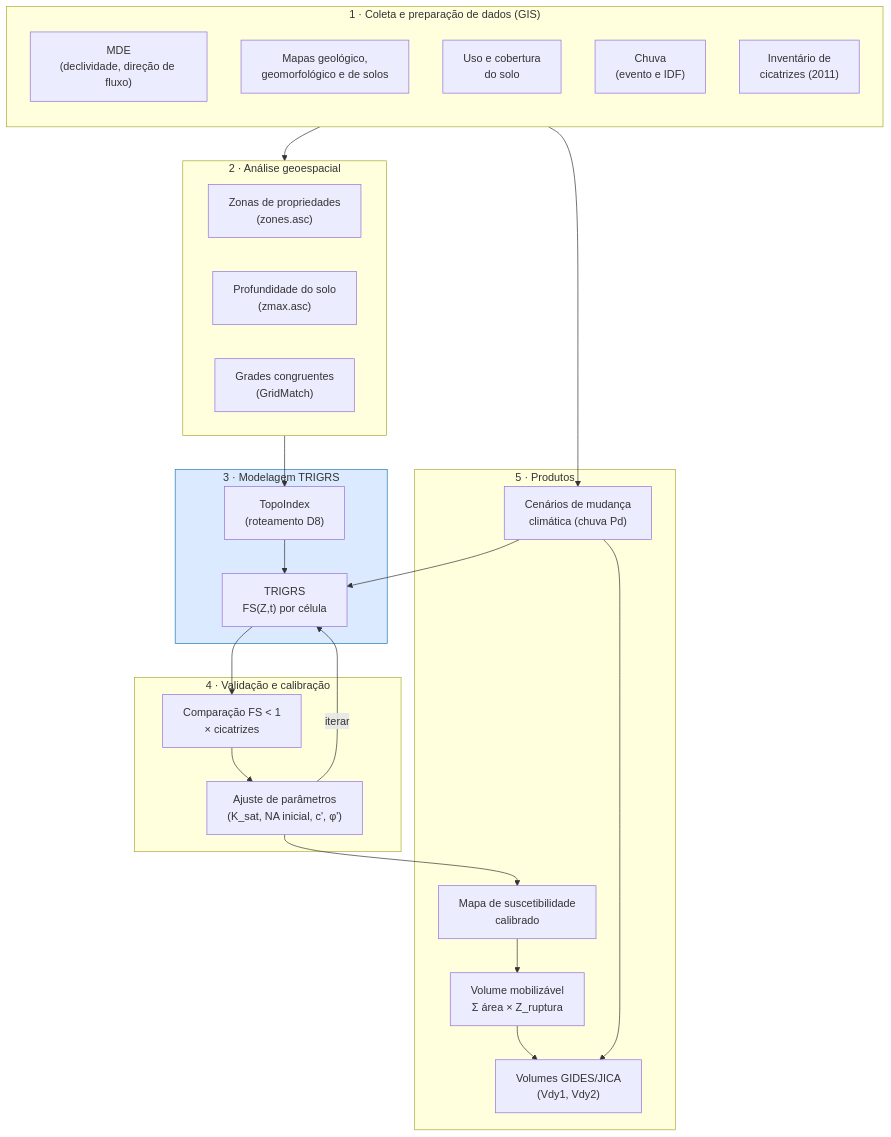
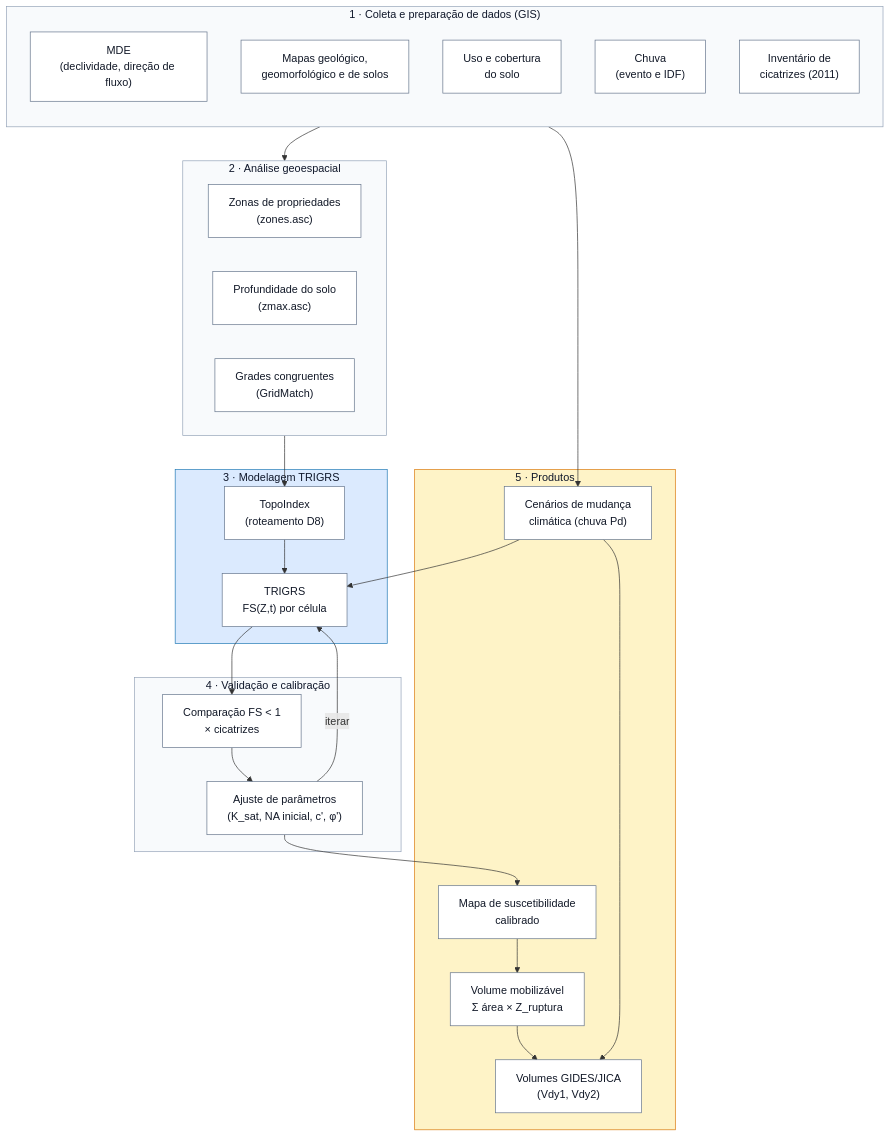
One commit to sedec-dpm-cgnat/tutorial-trigrs changed the first of 2 diagrams in 01-teoria.qmd. Above: the diagram before and after it, drawn with Mermaid. The commit also changed other lines of this file and 2 other files, not shown here.

Commit message:
Melhora contraste dos fluxogramas mermaid

````diff
--- a/01-teoria.qmd
+++ b/01-teoria.qmd
@@ -248,44 +248,49 @@
 ```{mermaid}
 %%| fig-cap: "Fluxograma geral da metodologia da pesquisa. Em azul, as etapas cobertas pela Parte 1 do minicurso; as demais partes seguem a numeração indicada."
 flowchart TB
   subgraph ETAPA1["1 · Coleta e preparação de dados (GIS)"]
     direction TB
     A1["MDE<br/>(declividade, direção de fluxo)"]
     A2["Mapas geológico,<br/>geomorfológico e de solos"]
     A3["Uso e cobertura<br/>do solo"]
     A4["Chuva<br/>(evento e IDF)"]
     A5["Inventário de<br/>cicatrizes (2011)"]
   end
 
   subgraph ETAPA2["2 · Análise geoespacial"]
     B1["Zonas de propriedades<br/>(zones.asc)"]
     B2["Profundidade do solo<br/>(zmax.asc)"]
     B3["Grades congruentes<br/>(GridMatch)"]
   end
 
   subgraph ETAPA3["3 · Modelagem TRIGRS"]
     C1["TopoIndex<br/>(roteamento D8)"]
     C2["TRIGRS<br/>FS(Z,t) por célula"]
   end
 
   subgraph ETAPA4["4 · Validação e calibração"]
     D1["Comparação FS < 1<br/>× cicatrizes"]
     D2["Ajuste de parâmetros<br/>(K_sat, NA inicial, c', φ')"]
   end
 
   subgraph ETAPA5["5 · Produtos"]
     E1["Mapa de suscetibilidade<br/>calibrado"]
     E2["Volume mobilizável<br/>Σ área × Z_ruptura"]
     E3["Volumes GIDES/JICA<br/>(Vdy1, Vdy2)"]
     E4["Cenários de mudança<br/>climática (chuva Pd)"]
   end
 
   ETAPA1 --> ETAPA2 --> C1 --> C2 --> D1 --> D2
   D2 -- "iterar" --> C2
   D2 --> E1
   E1 --> E2 --> E3
   A4 --> E4 --> C2
   E4 --> E3
 
-  style ETAPA3 fill:#dbeafe,stroke:#1f78b4
+  classDef default fill:#ffffff,stroke:#64748b,color:#111827
+  style ETAPA1 fill:#f8fafc,stroke:#94a3b8,color:#0f172a
+  style ETAPA2 fill:#f8fafc,stroke:#94a3b8,color:#0f172a
+  style ETAPA3 fill:#dbeafe,stroke:#1f78b4,color:#0f172a
+  style ETAPA4 fill:#f8fafc,stroke:#94a3b8,color:#0f172a
+  style ETAPA5 fill:#fef3c7,stroke:#d97706,color:#0f172a
 ```
````
